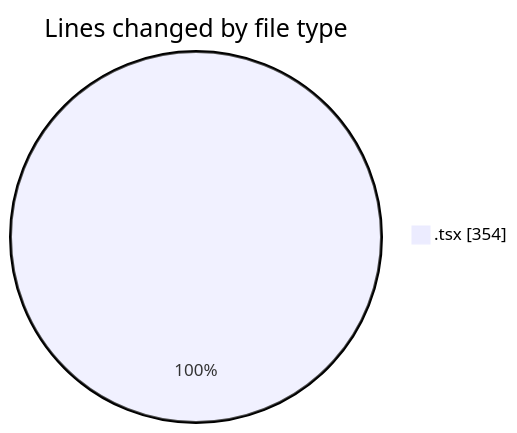
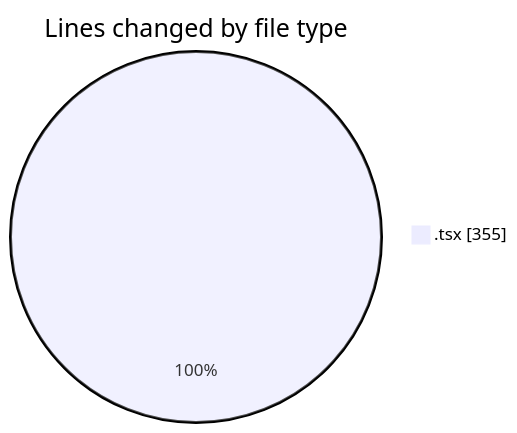
The first of 2 diagrams in 2025-03-10/portofolio/README.md (donsfak/code-tracking), drawn with Mermaid before and after one commit. The commit also changed other lines of this file and 1 other file, not shown here.

````diff
--- a/2025-03-10/portofolio/README.md
+++ b/2025-03-10/portofolio/README.md
@@ -20,5 +20,5 @@
 ```mermaid
 pie showData
 title Lines changed by file type
-".tsx" : 354
+".tsx" : 355
 ```
````
